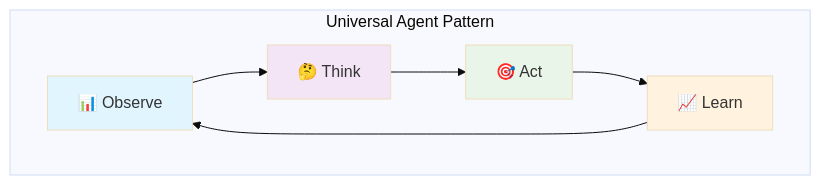
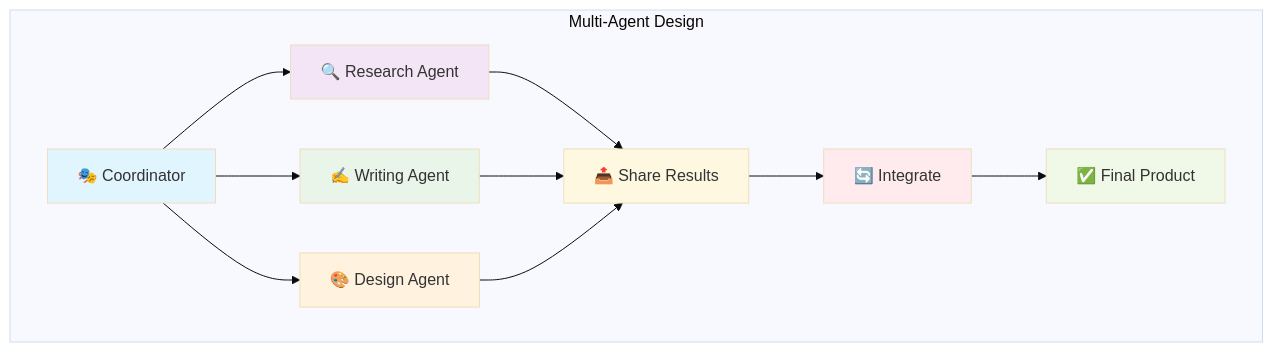
Before and after one commit to enogrob/enogrob.github.io: diagram 18 of 18 in _posts/2025-07-17-pocket-flow-llm-graph-framework.md, drawn with Mermaid (base theme). The commit also changed other lines of this file, not shown here.

````diff
--- a/_posts/2025-07-17-pocket-flow-llm-graph-framework.md
+++ b/_posts/2025-07-17-pocket-flow-llm-graph-framework.md
@@ -697,14 +694,21 @@
 ```mermaid!
 graph 
-    subgraph "Universal Agent Pattern"
-        A[📊 Observe] --> B[🤔 Think]
-        B --> C[🎯 Act]
-        C --> D[📈 Learn]
-        D --> A
+    subgraph "Multi-Agent Design"
+        A["🎭 Coordinator"] --> B["🔍 Research Agent"]
+        A --> C["✍️ Writing Agent"]
+        A --> D["🎨 Design Agent"]
+        B --> E["📤 Share Results"]
+        C --> E
+        D --> E
+        E --> F["🔄 Integrate"]
+        F --> G["✅ Final Product"]
     end
     
     style A fill:#e1f5fe
     style B fill:#f3e5f5
     style C fill:#e8f5e8
     style D fill:#fff3e0
+    style E fill:#fff8e1
+    style F fill:#ffebee
+    style G fill:#f0f8e8
 ```
````
